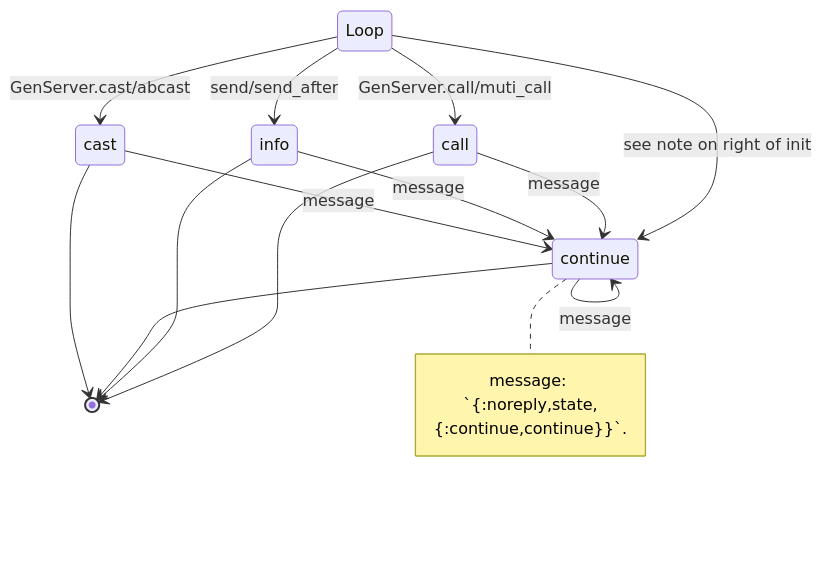
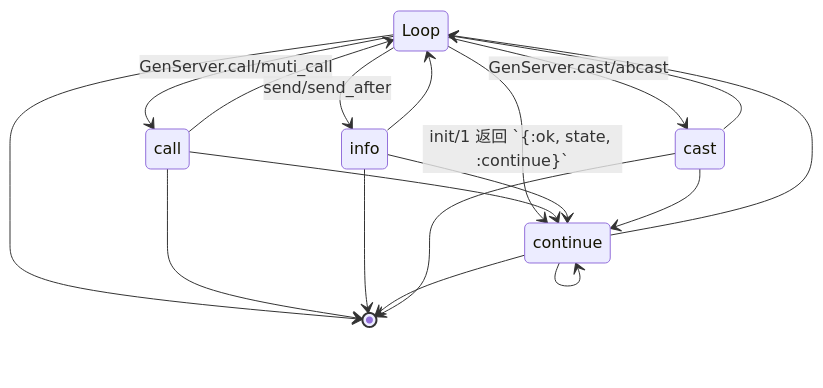
One commit to KeepZen/the-corner-of-elixir changed the second of 2 diagrams in ch12.process.md. Above: the diagram before and after it, drawn with Mermaid. The commit also changed other lines of this file and 1 other file, not shown here.

````diff
--- a/ch12.process.md
+++ b/ch12.process.md
@@ -266,20 +295,26 @@
 ```mermaid
 stateDiagram-v2
-[*]: Loop
-[*] --> info: send/send_after
-[*] --> cast: GenServer.cast/abcast
-[*] --> call: GenServer.call/muti_call
-[*] --> continue: see note on right of init
+Loop
+Loop --> info: send/send_after
+Loop --> cast: GenServer.cast/abcast
+Loop --> call: GenServer.call/muti_call
+Loop --> continue: init/1 返回 `{#58;ok, state, #58;continue}`
+Loop --> [*]
 
+call --> continue
+call --> Loop
 call --> [*]
-call --> continue: message
+
+info --> continue
+info --> Loop
 info --> [*]
-info --> continue: message
-continue --> continue: message
+
+continue --> continue
+continue --> Loop
 continue --> [*]
+
+
+cast --> continue
+cast --> Loop
 cast --> [*]
-cast --> continue: message
-note right of continue
-   message: `{:noreply,state,{:continue,continue}}`.
-end note
 ```
````
